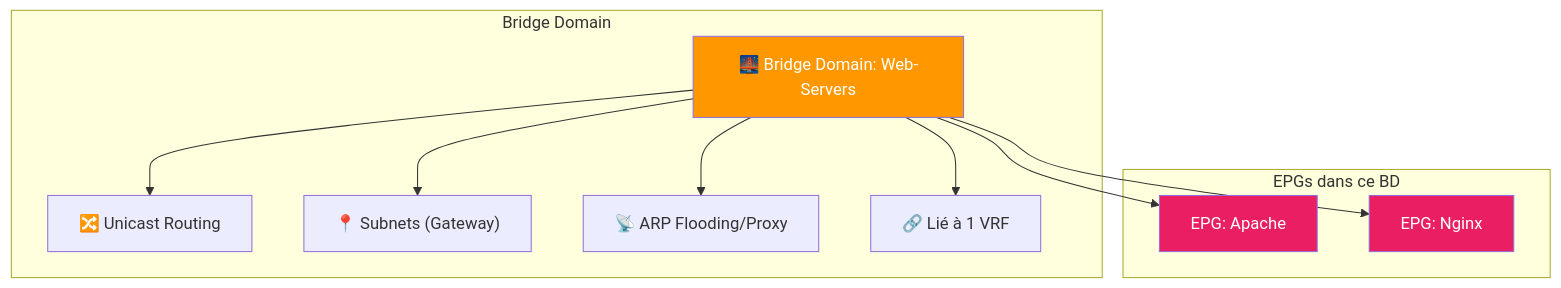
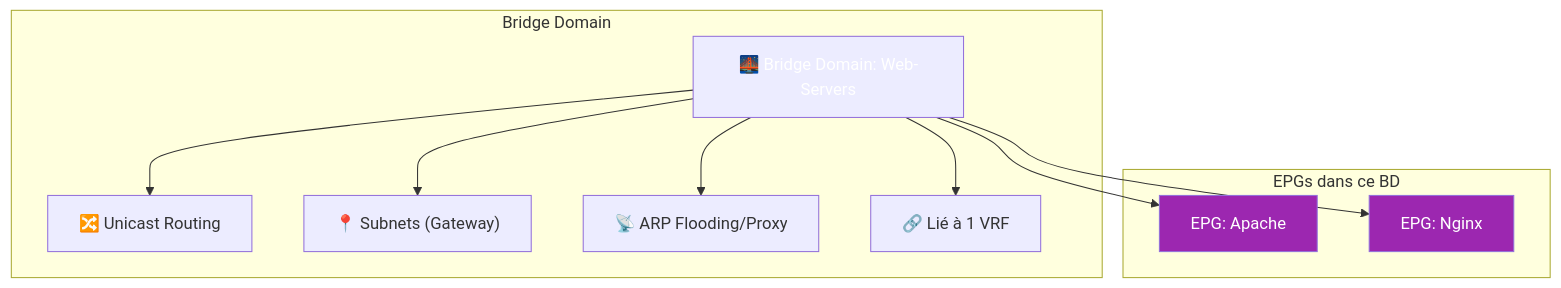
One commit to VBlackJack/ShellBook changed the sixth of 11 diagrams in docs/formations/terraform-aci/03-module.md. Above: the diagram before and after it, drawn with Mermaid. The commit also changed other lines of this file and 337 other files, not shown here.

First line of the commit message:
refactor(docs): Standardize code blocks and Mermaid colors

````diff
--- a/docs/formations/terraform-aci/03-module.md
+++ b/docs/formations/terraform-aci/03-module.md
@@ -301,23 +301,23 @@
 ```mermaid
 graph TB
     subgraph "Bridge Domain"
         BD["🌉 Bridge Domain: Web-Servers"]
 
         BD --> FEAT1["🔀 Unicast Routing"]
         BD --> FEAT2["📍 Subnets (Gateway)"]
         BD --> FEAT3["📡 ARP Flooding/Proxy"]
         BD --> FEAT4["🔗 Lié à 1 VRF"]
     end
 
     subgraph "EPGs dans ce BD"
         EPG1["EPG: Apache"]
         EPG2["EPG: Nginx"]
     end
 
     BD --> EPG1
     BD --> EPG2
 
-    style BD fill:#ff9800,color:#fff
-    style EPG1 fill:#e91e63,color:#fff
-    style EPG2 fill:#e91e63,color:#fff
+    style BD fill:#FF9800800800,color:#fff
+    style EPG1 fill:#9C27B0,color:#fff
+    style EPG2 fill:#9C27B0,color:#fff
 ```
````
